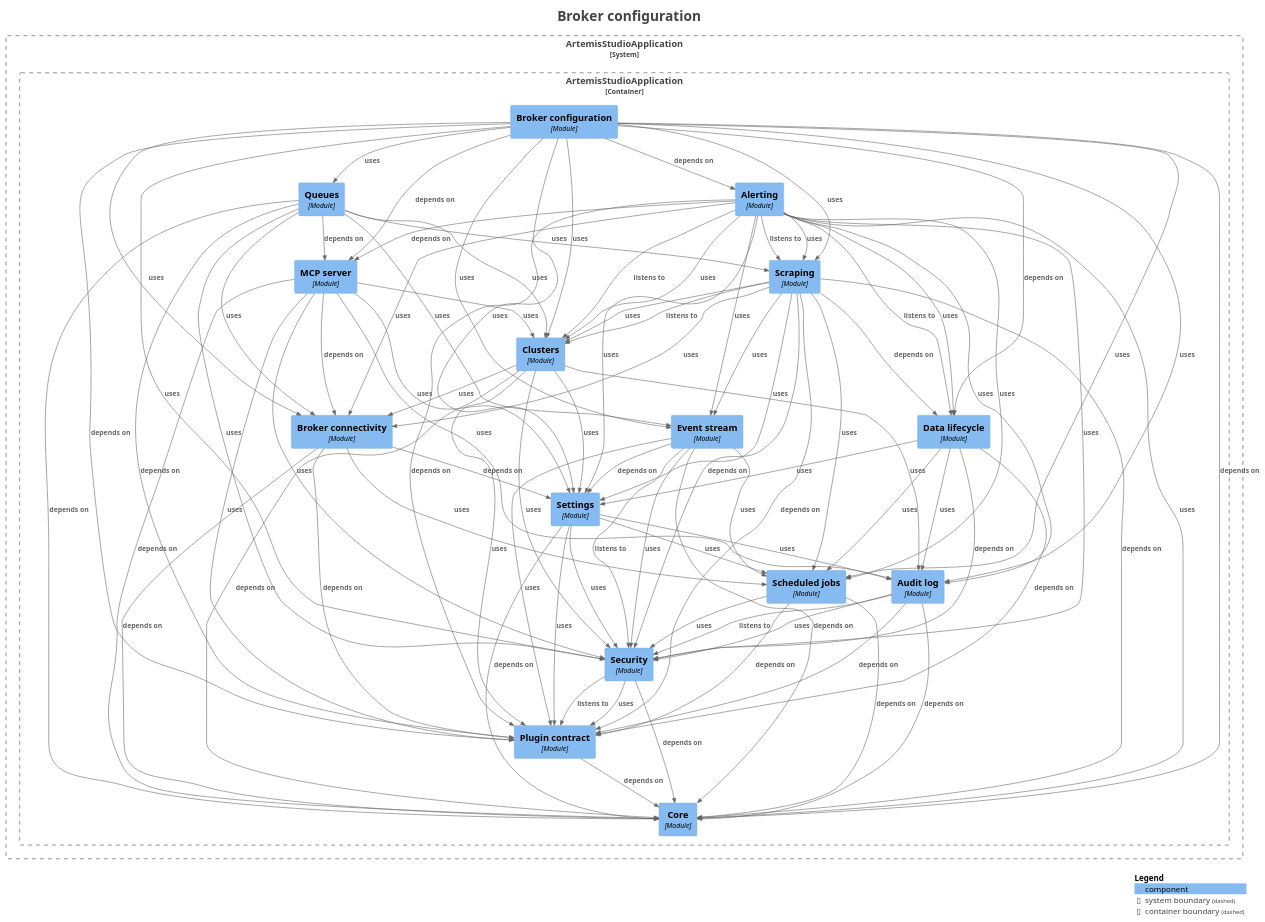
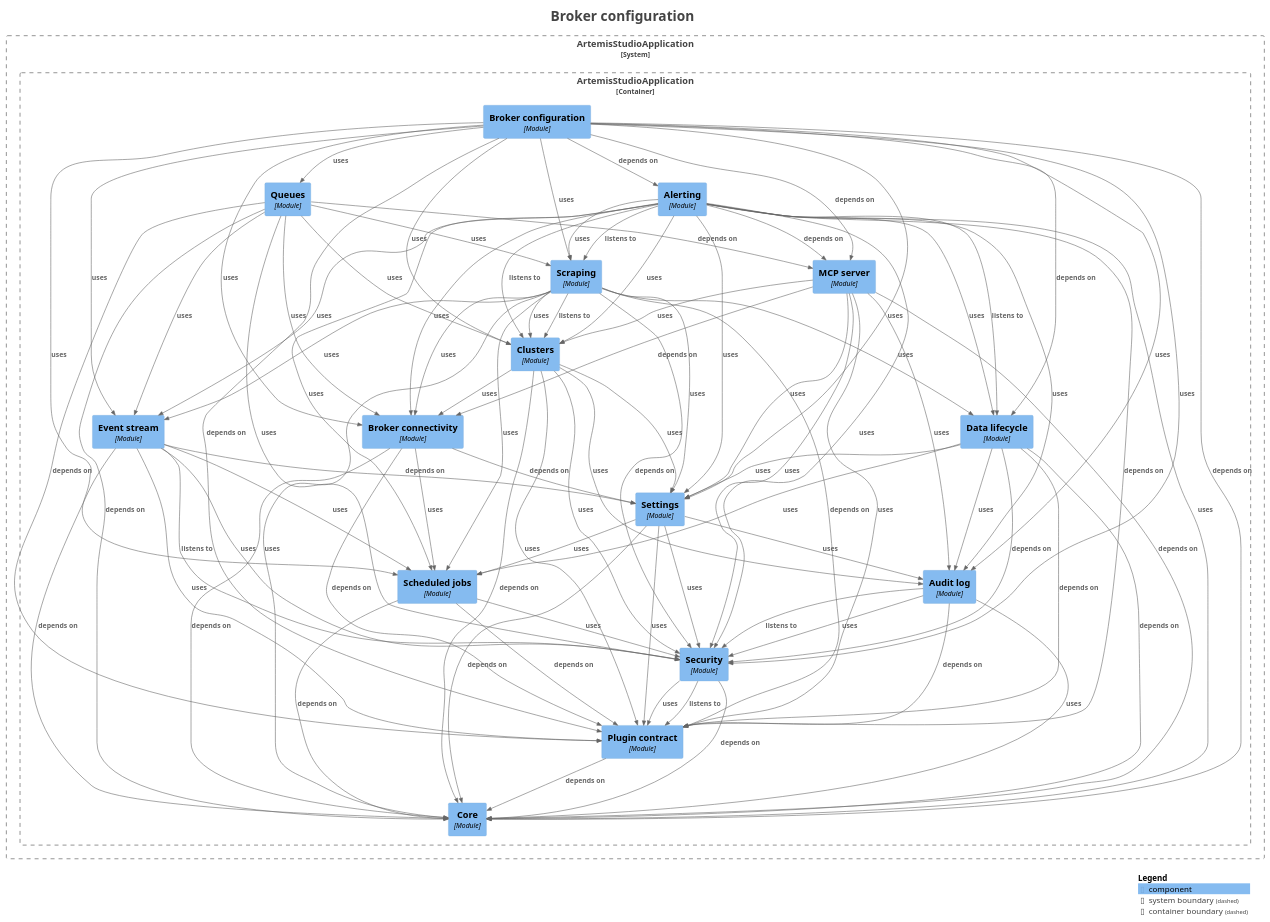
The diagram in docs/modules/module-feature.brokerconfig.puml (sudoitir/artemis-studio), drawn with PlantUML before and after one commit. The commit also changed 90 other files, not shown here.

```diff
--- a/docs/modules/module-feature.brokerconfig.puml
+++ b/docs/modules/module-feature.brokerconfig.puml
@@ -51,7 +51,7 @@
 Rel(ArtemisStudioApplication.ArtemisStudioApplication.Alerting, ArtemisStudioApplication.ArtemisStudioApplication.Scraping, "uses", $techn="", $tags="", $link="")
 Rel(ArtemisStudioApplication.ArtemisStudioApplication.Alerting, ArtemisStudioApplication.ArtemisStudioApplication.Security, "uses", $techn="", $tags="", $link="")
 Rel(ArtemisStudioApplication.ArtemisStudioApplication.Alerting, ArtemisStudioApplication.ArtemisStudioApplication.Settings, "uses", $techn="", $tags="", $link="")
-Rel(ArtemisStudioApplication.ArtemisStudioApplication.Auditlog, ArtemisStudioApplication.ArtemisStudioApplication.Core, "depends on", $techn="", $tags="", $link="")
+Rel(ArtemisStudioApplication.ArtemisStudioApplication.Auditlog, ArtemisStudioApplication.ArtemisStudioApplication.Core, "uses", $techn="", $tags="", $link="")
 Rel(ArtemisStudioApplication.ArtemisStudioApplication.Auditlog, ArtemisStudioApplication.ArtemisStudioApplication.Plugincontract, "depends on", $techn="", $tags="", $link="")
 Rel(ArtemisStudioApplication.ArtemisStudioApplication.Auditlog, ArtemisStudioApplication.ArtemisStudioApplication.Security, "listens to", $techn="", $tags="", $link="")
 Rel(ArtemisStudioApplication.ArtemisStudioApplication.Auditlog, ArtemisStudioApplication.ArtemisStudioApplication.Security, "uses", $techn="", $tags="", $link="")
@@ -80,6 +80,7 @@
 Rel(ArtemisStudioApplication.ArtemisStudioApplication.Clusters, ArtemisStudioApplication.ArtemisStudioApplication.Security, "uses", $techn="", $tags="", $link="")
 Rel(ArtemisStudioApplication.ArtemisStudioApplication.Clusters, ArtemisStudioApplication.ArtemisStudioApplication.Settings, "uses", $techn="", $tags="", $link="")
 Rel(ArtemisStudioApplication.ArtemisStudioApplication.Datalifecycle, ArtemisStudioApplication.ArtemisStudioApplication.Auditlog, "uses", $techn="", $tags="", $link="")
+Rel(ArtemisStudioApplication.ArtemisStudioApplication.Datalifecycle, ArtemisStudioApplication.ArtemisStudioApplication.Core, "depends on", $techn="", $tags="", $link="")
 Rel(ArtemisStudioApplication.ArtemisStudioApplication.Datalifecycle, ArtemisStudioApplication.ArtemisStudioApplication.Plugincontract, "depends on", $techn="", $tags="", $link="")
 Rel(ArtemisStudioApplication.ArtemisStudioApplication.Datalifecycle, ArtemisStudioApplication.ArtemisStudioApplication.Scheduledjobs, "uses", $techn="", $tags="", $link="")
 Rel(ArtemisStudioApplication.ArtemisStudioApplication.Datalifecycle, ArtemisStudioApplication.ArtemisStudioApplication.Security, "depends on", $techn="", $tags="", $link="")
@@ -112,8 +113,8 @@
 Rel(ArtemisStudioApplication.ArtemisStudioApplication.Scraping, ArtemisStudioApplication.ArtemisStudioApplication.Brokerconnectivity, "uses", $techn="", $tags="", $link="")
 Rel(ArtemisStudioApplication.ArtemisStudioApplication.Scraping, ArtemisStudioApplication.ArtemisStudioApplication.Clusters, "listens to", $techn="", $tags="", $link="")
 Rel(ArtemisStudioApplication.ArtemisStudioApplication.Scraping, ArtemisStudioApplication.ArtemisStudioApplication.Clusters, "uses", $techn="", $tags="", $link="")
-Rel(ArtemisStudioApplication.ArtemisStudioApplication.Scraping, ArtemisStudioApplication.ArtemisStudioApplication.Core, "depends on", $techn="", $tags="", $link="")
-Rel(ArtemisStudioApplication.ArtemisStudioApplication.Scraping, ArtemisStudioApplication.ArtemisStudioApplication.Datalifecycle, "depends on", $techn="", $tags="", $link="")
+Rel(ArtemisStudioApplication.ArtemisStudioApplication.Scraping, ArtemisStudioApplication.ArtemisStudioApplication.Core, "uses", $techn="", $tags="", $link="")
+Rel(ArtemisStudioApplication.ArtemisStudioApplication.Scraping, ArtemisStudioApplication.ArtemisStudioApplication.Datalifecycle, "uses", $techn="", $tags="", $link="")
 Rel(ArtemisStudioApplication.ArtemisStudioApplication.Scraping, ArtemisStudioApplication.ArtemisStudioApplication.Eventstream, "uses", $techn="", $tags="", $link="")
 Rel(ArtemisStudioApplication.ArtemisStudioApplication.Scraping, ArtemisStudioApplication.ArtemisStudioApplication.Plugincontract, "depends on", $techn="", $tags="", $link="")
 Rel(ArtemisStudioApplication.ArtemisStudioApplication.Scraping, ArtemisStudioApplication.ArtemisStudioApplication.Scheduledjobs, "uses", $techn="", $tags="", $link="")
```
